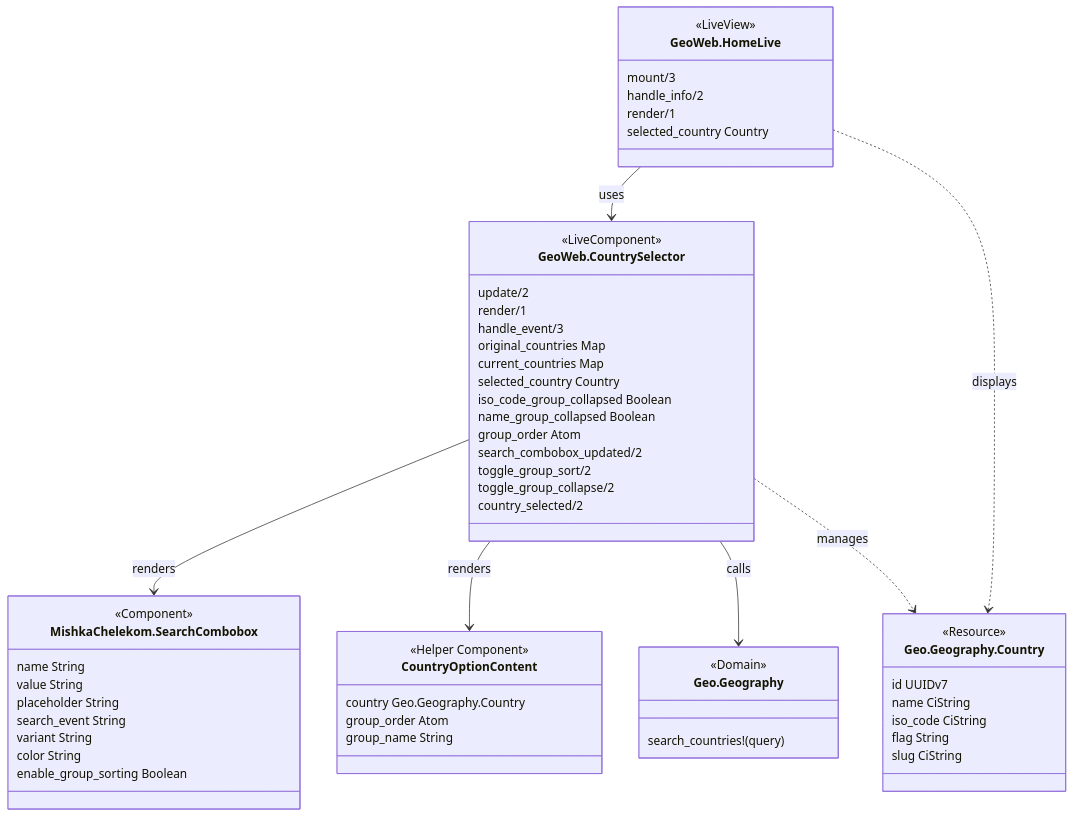
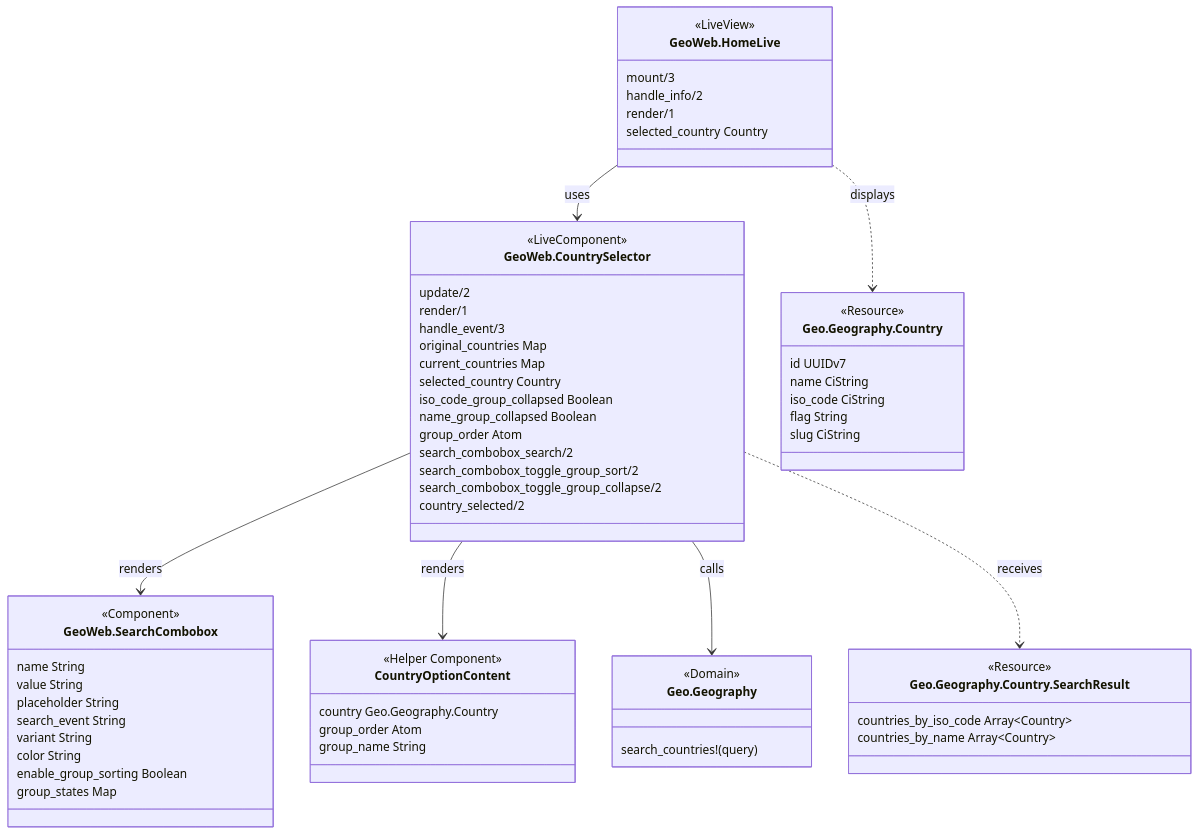
Before and after one commit to dev-guy/geo: the third of 6 diagrams in README.md, drawn with Mermaid. The commit also changed other lines of this file and 11 other files, not shown here.

````diff
--- a/README.md
+++ b/README.md
@@ -328,66 +366,73 @@
 ```mermaid
 classDiagram
     class GeoWeb.HomeLive {
         <<LiveView>>
         mount/3
         handle_info/2
         render/1
         selected_country Country
     }
     
     class GeoWeb.CountrySelector {
         <<LiveComponent>>
         update/2
         render/1
         handle_event/3
         original_countries Map
         current_countries Map
         selected_country Country
         iso_code_group_collapsed Boolean
         name_group_collapsed Boolean
         group_order Atom
-        search_combobox_updated/2
-        toggle_group_sort/2
-        toggle_group_collapse/2
+        search_combobox_search/2
+        search_combobox_toggle_group_sort/2
+        search_combobox_toggle_group_collapse/2
         country_selected/2
     }
     
-    class MishkaChelekom.SearchCombobox {
+    class GeoWeb.SearchCombobox {
         <<Component>>
         name String
         value String
         placeholder String
         search_event String
         variant String
         color String
         enable_group_sorting Boolean
+        group_states Map
     }
     
     class CountryOptionContent {
         <<Helper Component>>
         country Geo.Geography.Country
         group_order Atom
         group_name String
     }
     
     class Geo.Geography {
         <<Domain>>
         search_countries!(query)
     }
     
     class Geo.Geography.Country {
         <<Resource>>
         id UUIDv7
         name CiString
         iso_code CiString
         flag String
         slug CiString
     }
     
+    class Geo.Geography.Country.SearchResult {
+        <<Resource>>
+        countries_by_iso_code Array~Country~
+        countries_by_name Array~Country~
+    }
+    
     GeoWeb.HomeLive --> GeoWeb.CountrySelector : uses
-    GeoWeb.CountrySelector --> MishkaChelekom.SearchCombobox : renders
+    GeoWeb.CountrySelector --> GeoWeb.SearchCombobox : renders
     GeoWeb.CountrySelector --> CountryOptionContent : renders
     GeoWeb.CountrySelector --> Geo.Geography : calls
     GeoWeb.HomeLive ..> Geo.Geography.Country : displays
-    GeoWeb.CountrySelector ..> Geo.Geography.Country : manages
+    GeoWeb.CountrySelector ..> Geo.Geography.Country.SearchResult : receives
 ```
````
